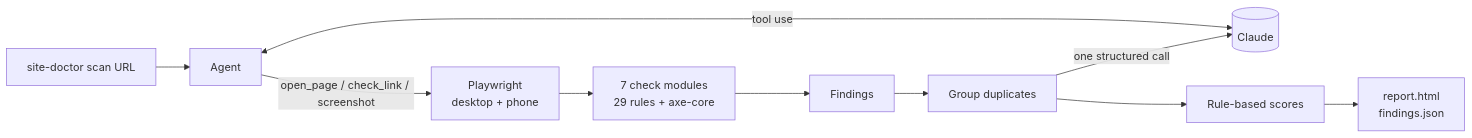
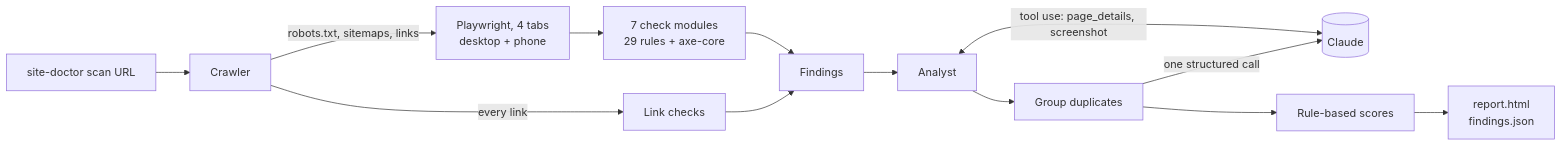
The diagram in README.md (agisfrn/site-doctor-agent), drawn with Mermaid before and after one commit. The commit also changed other lines of this file, not shown here.

Commit message:
docs: README for full-site scans

````diff
--- a/README.md
+++ b/README.md
@@ -24,12 +25,15 @@
 ```mermaid
 flowchart LR
-    CLI[site-doctor scan URL] --> Agent
-    Agent <-->|tool use| Claude[(Claude)]
-    Agent -->|open_page / check_link / screenshot| Browser[Playwright<br/>desktop + phone]
+    CLI[site-doctor scan URL] --> Crawler
+    Crawler -->|robots.txt, sitemaps, links| Browser[Playwright, 4 tabs<br/>desktop + phone]
     Browser --> Checks[7 check modules<br/>29 rules + axe-core]
     Checks --> Findings
-    Findings --> Triage[Group duplicates]
+    Crawler -->|every link| LinkCheck[Link checks]
+    LinkCheck --> Findings
+    Findings --> Analyst
+    Analyst <-->|tool use: page_details, screenshot| Claude[(Claude)]
+    Analyst --> Triage[Group duplicates]
     Triage -->|one structured call| Claude
     Triage --> Scoring[Rule-based scores]
     Scoring --> Report[report.html<br/>findings.json]
 ```
````
